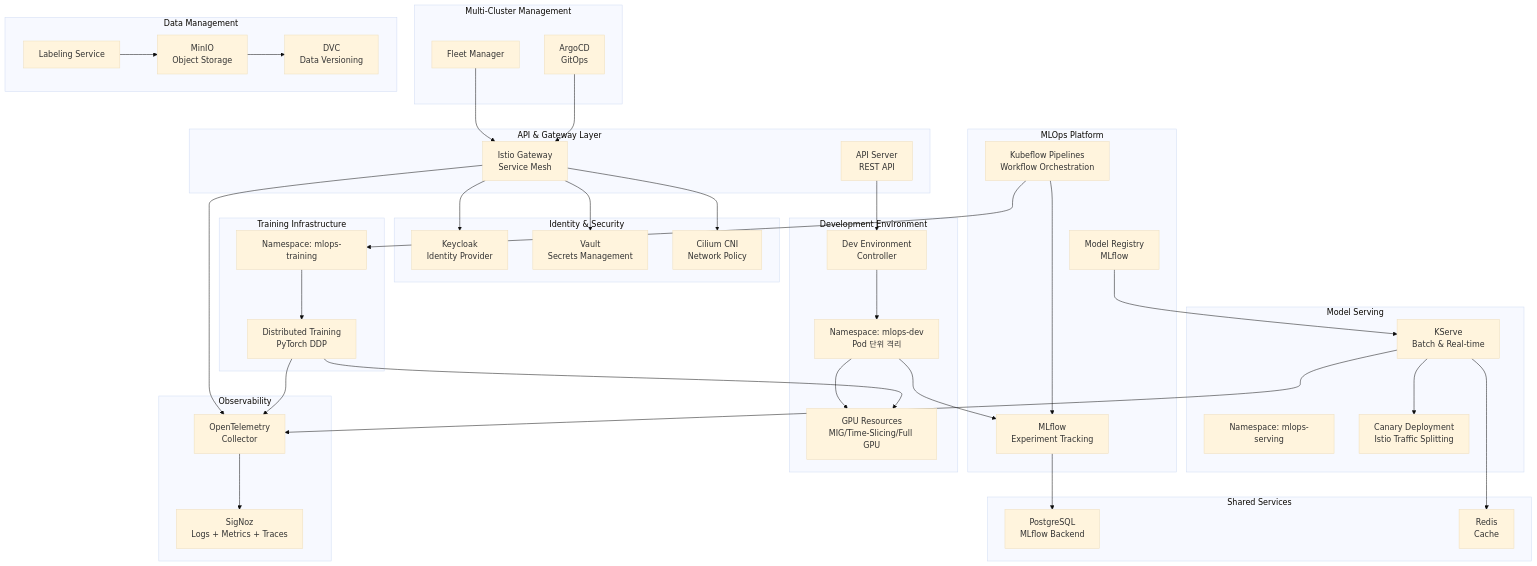
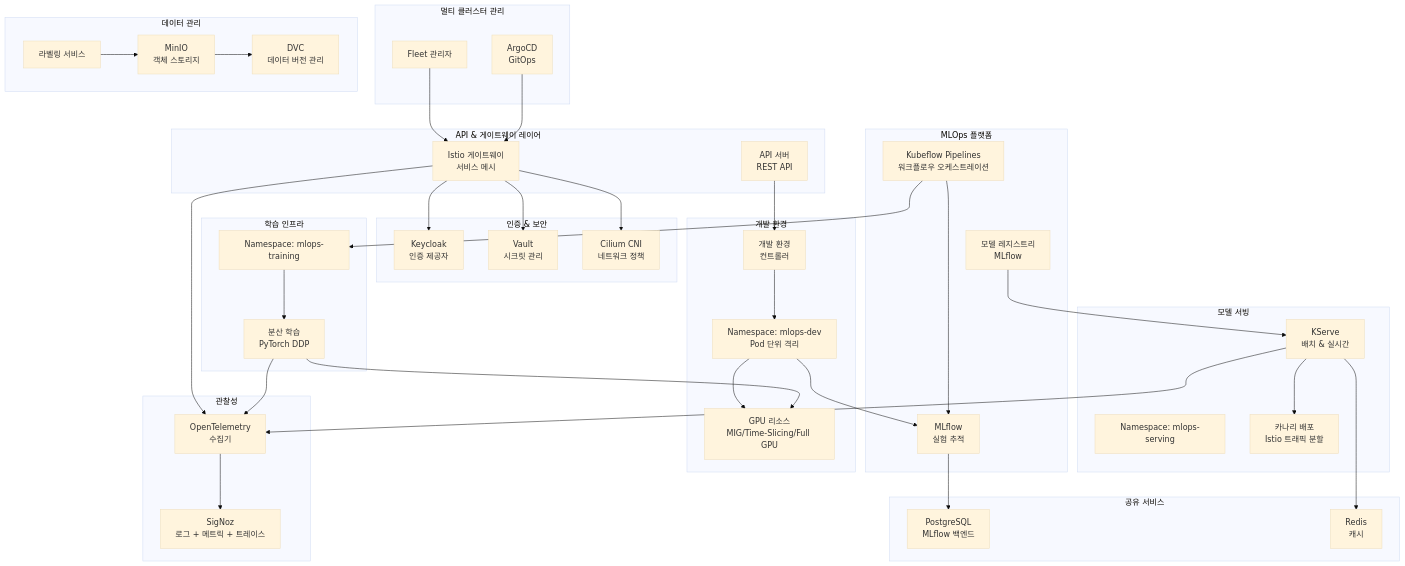
One commit to as950118/mlops-platform changed the first of 6 diagrams in docs/MLOps-Platform-Design.md. Above: the diagram before and after it, drawn with Mermaid (base theme). The commit also changed other lines of this file, not shown here.

Commit message:
[docs] mlops

````diff
--- a/docs/MLOps-Platform-Design.md
+++ b/docs/MLOps-Platform-Design.md
@@ -37,81 +37,81 @@
 ```mermaid
 graph TB
-    subgraph "Multi-Cluster Management"
-        FLEET[Fleet Manager]
+    subgraph "멀티 클러스터 관리"
+        FLEET[Fleet 관리자]
         ARGO[ArgoCD<br/>GitOps]
     end
 
-    subgraph "API & Gateway Layer"
-        API[API Server<br/>REST API]
-        ISTIO_GW[Istio Gateway<br/>Service Mesh]
+    subgraph "API & 게이트웨이 레이어"
+        API[API 서버<br/>REST API]
+        ISTIO_GW[Istio 게이트웨이<br/>서비스 메시]
     end
 
-    subgraph "Identity & Security"
-        KEYCLOAK[Keycloak<br/>Identity Provider]
-        VAULT[Vault<br/>Secrets Management]
-        CILIUM[Cilium CNI<br/>Network Policy]
+    subgraph "인증 & 보안"
+        KEYCLOAK[Keycloak<br/>인증 제공자]
+        VAULT[Vault<br/>시크릿 관리]
+        CILIUM[Cilium CNI<br/>네트워크 정책]
     end
 
-    subgraph "Development Environment"
-        CONTROLLER[Dev Environment<br/>Controller]
+    subgraph "개발 환경"
+        CONTROLLER[개발 환경<br/>컨트롤러]
         DEV_NS[Namespace: mlops-dev<br/>Pod 단위 격리]
-        GPU[GPU Resources<br/>MIG/Time-Slicing/Full GPU]
+        GPU[GPU 리소스<br/>MIG/Time-Slicing/Full GPU]
     end
 
-    subgraph "MLOps Platform"
-        MLFLOW[MLflow<br/>Experiment Tracking]
-        KUBEFLOW[Kubeflow Pipelines<br/>Workflow Orchestration]
-        MODEL_REG[Model Registry<br/>MLflow]
+    subgraph "MLOps 플랫폼"
+        MLFLOW[MLflow<br/>실험 추적]
+        KUBEFLOW[Kubeflow Pipelines<br/>워크플로우 오케스트레이션]
+        MODEL_REG[모델 레지스트리<br/>MLflow]
     end
 
-    subgraph "Training Infrastructure"
+    subgraph "학습 인프라"
         TRAIN_NS[Namespace: mlops-training]
-        DIST_TRAIN[Distributed Training<br/>PyTorch DDP]
+        DIST_TRAIN[분산 학습<br/>PyTorch DDP]
     end
 
-    subgraph "Model Serving"
+    subgraph "모델 서빙"
         SERVING_NS[Namespace: mlops-serving]
-        KSERVE[KServe<br/>Batch & Real-time]
-        CANARY[Canary Deployment<br/>Istio Traffic Splitting]
+        KSERVE[KServe<br/>배치 & 실시간]
+        CANARY[카나리 배포<br/>Istio 트래픽 분할]
     end
 
-    subgraph "Data Management"
-        MINIO[MinIO<br/>Object Storage]
-        DVC[DVC<br/>Data Versioning]
-        LABELING[Labeling Service]
+    subgraph "데이터 관리"
+        MINIO[MinIO<br/>객체 스토리지]
+        DVC[DVC<br/>데이터 버전 관리]
+        LABELING[라벨링 서비스]
     end
 
-    subgraph "Observability"
-        OTEL[OpenTelemetry<br/>Collector]
-        SIGNOZ[SigNoz<br/>Logs + Metrics + Traces]
+    subgraph "관찰성"
+        OTEL[OpenTelemetry<br/>수집기]
+        SIGNOZ[SigNoz<br/>로그 + 메트릭 + 트레이스]
     end
 
-    subgraph "Shared Services"
-        POSTGRES[PostgreSQL<br/>MLflow Backend]
-        REDIS[Redis<br/>Cache]
+    subgraph "공유 서비스"
+        POSTGRES[PostgreSQL<br/>MLflow 백엔드]
+        REDIS[Redis<br/>캐시]
     end
 
     FLEET --> ISTIO_GW
     ARGO --> ISTIO_GW
     API --> CONTROLLER
     CONTROLLER --> DEV_NS
     DEV_NS --> GPU
     ISTIO_GW --> KEYCLOAK
     ISTIO_GW --> VAULT
     ISTIO_GW --> CILIUM
     DEV_NS --> MLFLOW
     KUBEFLOW --> MLFLOW
     KUBEFLOW --> TRAIN_NS
     TRAIN_NS --> DIST_TRAIN
     DIST_TRAIN --> GPU
     MODEL_REG --> KSERVE
     KSERVE --> CANARY
     LABELING --> MINIO
     MINIO --> DVC
     ISTIO_GW --> OTEL
     DIST_TRAIN --> OTEL
     KSERVE --> OTEL
     OTEL --> SIGNOZ
     MLFLOW --> POSTGRES
     KSERVE --> REDIS
 ```
````
